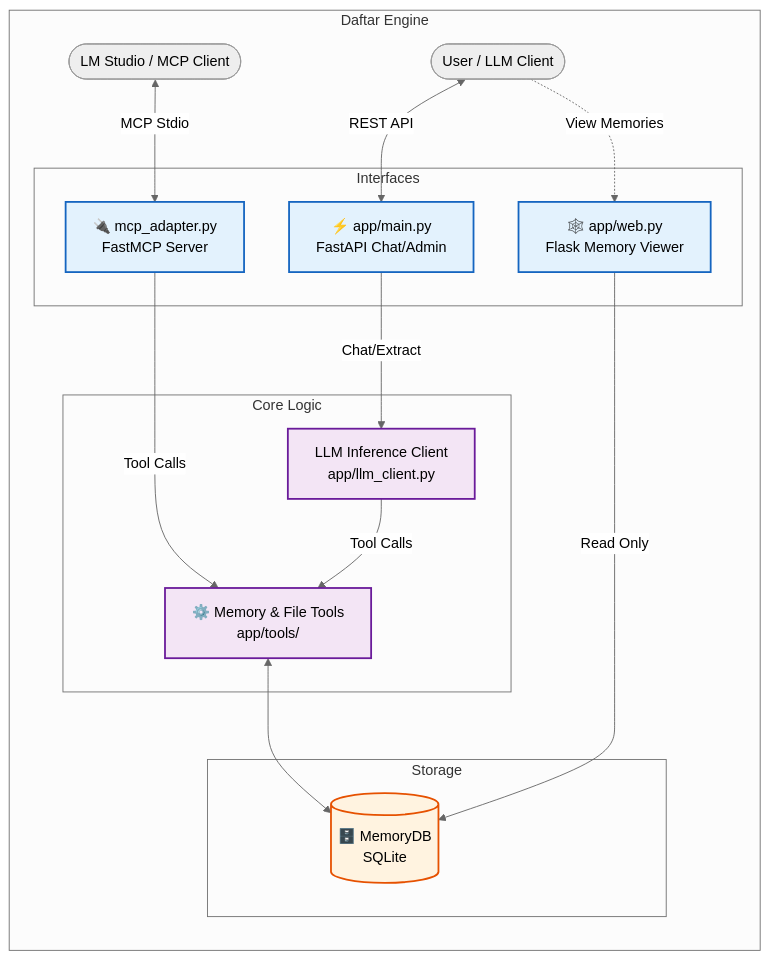
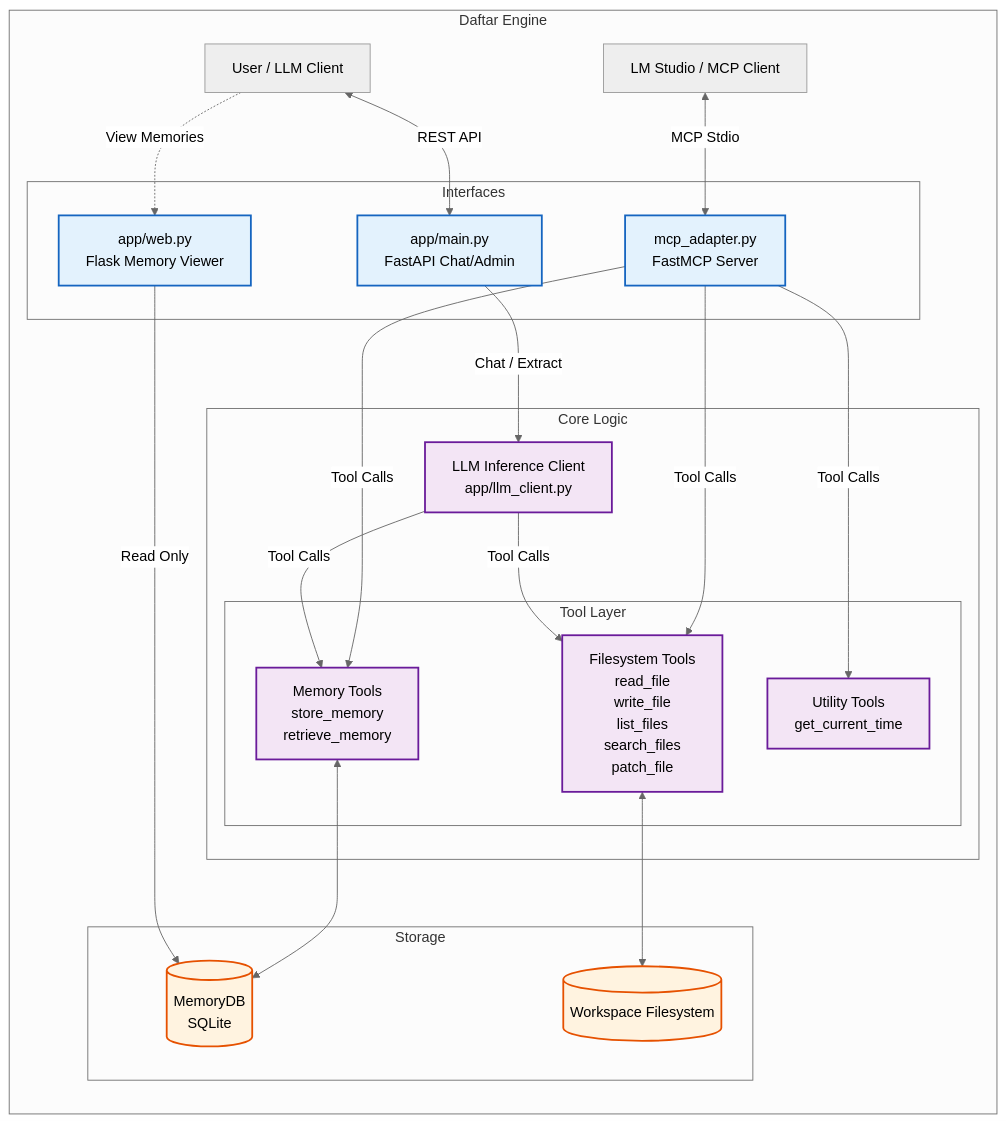
Before and after one commit to NeelakshSaxena/Daftar: the diagram in README.md, drawn with Mermaid (neutral theme).

Commit message:
Update README.md with improved Mermaid syntax

````diff
--- a/README.md
+++ b/README.md
@@ -27,44 +27,57 @@
 ```mermaid
 graph TD
-    Client([User / LLM Client])
-    LMStudio([LM Studio / MCP Client])
+    Client["User / LLM Client"]
+    LMStudio["LM Studio / MCP Client"]
     
     subgraph Daftar Engine
         direction TB
         
         subgraph Interfaces
-            MCP_Adapter[🔌 mcp_adapter.py<br>FastMCP Server]
-            FastAPI[⚡ app/main.py<br>FastAPI Chat/Admin]
-            WebUI[🕸️ app/web.py<br>Flask Memory Viewer]
+            MCP_Adapter["mcp_adapter.py<br/>FastMCP Server"]
+            FastAPI["app/main.py<br/>FastAPI Chat/Admin"]
+            WebUI["app/web.py<br/>Flask Memory Viewer"]
         end
         
         subgraph Core Logic
-            LLMClient[LLM Inference Client<br>app/llm_client.py]
-            Tools[⚙️ Memory & File Tools<br>app/tools/]
+            LLMClient["LLM Inference Client<br/>app/llm_client.py"]
+            
+            subgraph Tool Layer
+                FileTools["Filesystem Tools<br/>read_file<br/>write_file<br/>list_files<br/>search_files<br/>patch_file"]
+                MemoryTools["Memory Tools<br/>store_memory<br/>retrieve_memory"]
+                UtilityTools["Utility Tools<br/>get_current_time"]
+            end
         end
         
         subgraph Storage
-            DB[(🗄️ MemoryDB<br>SQLite)]
+            DB[("MemoryDB<br/>SQLite")]
+            Workspace[("Workspace Filesystem")]
         end
         
         %% Flow connections
         LMStudio <-->|MCP Stdio| MCP_Adapter
         Client <-->|REST API| FastAPI
         Client -.->|View Memories| WebUI
         
-        MCP_Adapter -->|Tool Calls| Tools
-        FastAPI -->|Chat/Extract| LLMClient
-        LLMClient -->|Tool Calls| Tools
+        MCP_Adapter -->|Tool Calls| FileTools
+        MCP_Adapter -->|Tool Calls| MemoryTools
+        MCP_Adapter -->|Tool Calls| UtilityTools
         
-        Tools <--> DB
+        FastAPI -->|Chat / Extract| LLMClient
+        LLMClient -->|Tool Calls| FileTools
+        LLMClient -->|Tool Calls| MemoryTools
+        
+        FileTools <--> Workspace
+        MemoryTools <--> DB
+        
         WebUI -->|Read Only| DB
     end
-    
+
     classDef interface fill:#e3f2fd,stroke:#1565c0,stroke-width:2px,color:#000;
     classDef logic fill:#f3e5f5,stroke:#6a1b9a,stroke-width:2px,color:#000;
     classDef storage fill:#fff3e0,stroke:#e65100,stroke-width:2px,color:#000;
-    
+
     class MCP_Adapter,FastAPI,WebUI interface;
-    class LLMClient,Tools logic;
-    class DB storage;
+    class LLMClient,FileTools,MemoryTools,UtilityTools logic;
+    class DB,Workspace storage;
+
 ```
````
